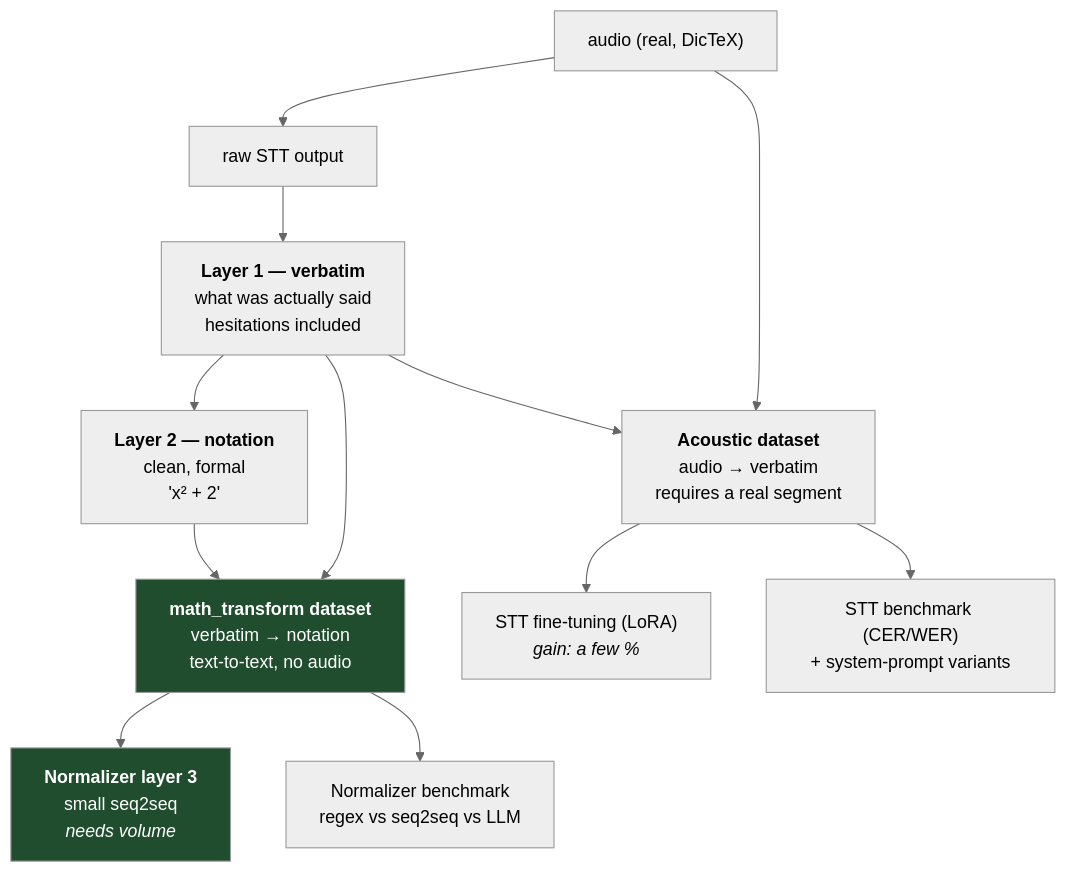
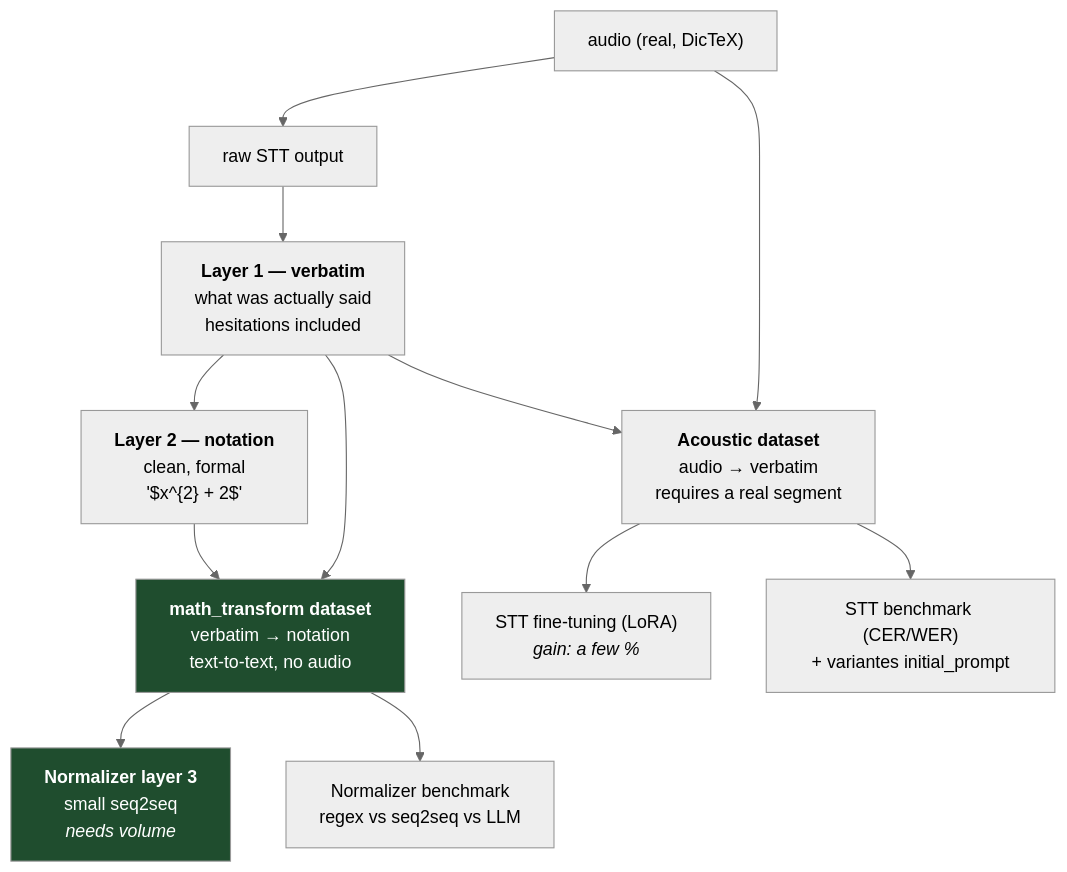
One commit to sensopensource/DicTeX changed the first of 3 diagrams in docs/dataset-and-normalization-design.md. Above: the diagram before and after it, drawn with Mermaid (neutral theme). The commit also changed other lines of this file and 17 other files, not shown here.

````diff
--- a/docs/dataset-and-normalization-design.md
+++ b/docs/dataset-and-normalization-design.md
@@ -18,30 +22,30 @@
 ```mermaid
 flowchart TD
     AUDIO["audio (real, DicTeX)"]
     RAW["raw STT output"]
     L1["<b>Layer 1 — verbatim</b><br/>what was actually said<br/>hesitations included"]
-    L2["<b>Layer 2 — notation</b><br/>clean, formal<br/>'x² + 2'"]
+    L2["<b>Layer 2 — notation</b><br/>clean, formal<br/>'$x^{2} + 2$'"]
 
     AUDIO --> RAW --> L1 --> L2
 
     DA["<b>Acoustic dataset</b><br/>audio → verbatim<br/>requires a real segment"]
     DM["<b>math_transform dataset</b><br/>verbatim → notation<br/>text-to-text, no audio"]
 
     AUDIO --> DA
     L1 --> DA
     L1 --> DM
     L2 --> DM
 
     FT["STT fine-tuning (LoRA)<br/><i>gain: a few %</i>"]
-    BS["STT benchmark (CER/WER)<br/>+ system-prompt variants"]
+    BS["STT benchmark (CER/WER)<br/>+ variantes initial_prompt"]
     SEQ["<b>Normalizer layer 3</b><br/>small seq2seq<br/><i>needs volume</i>"]
     BM["Normalizer benchmark<br/>regex vs seq2seq vs LLM"]
 
     DA --> FT
     DA --> BS
     DM --> SEQ
     DM --> BM
 
     style DM fill:#1f4d2e,color:#fff
     style SEQ fill:#1f4d2e,color:#fff
 ```
````
